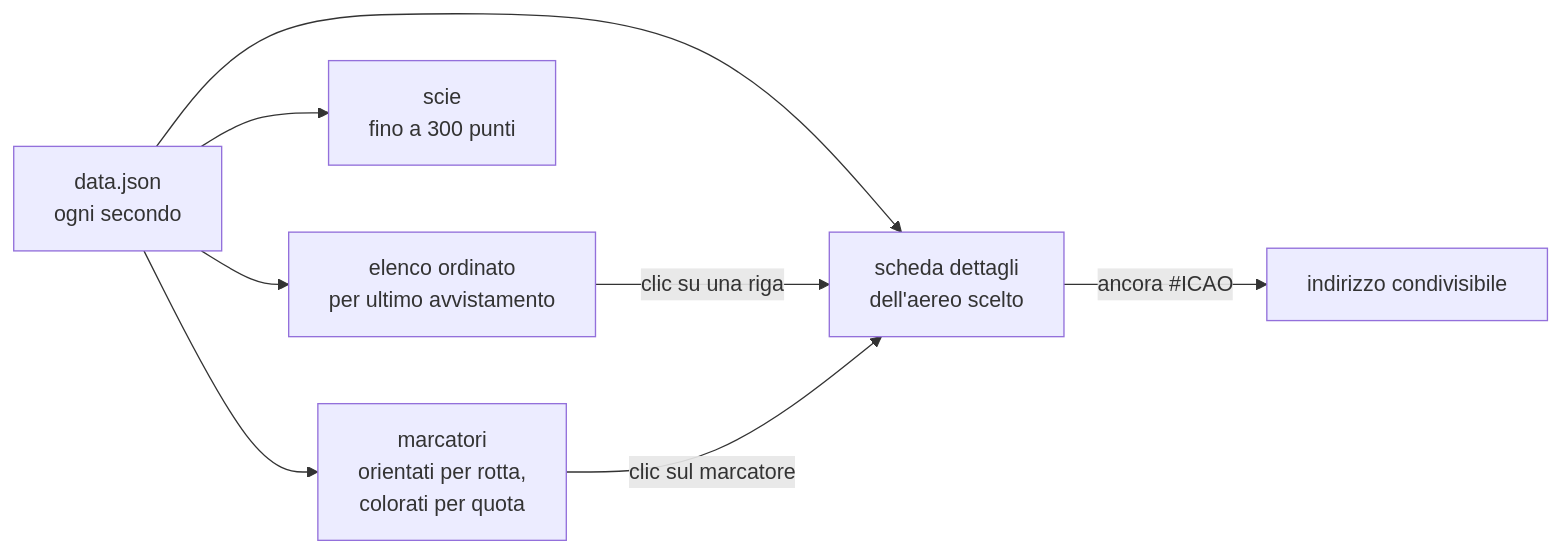
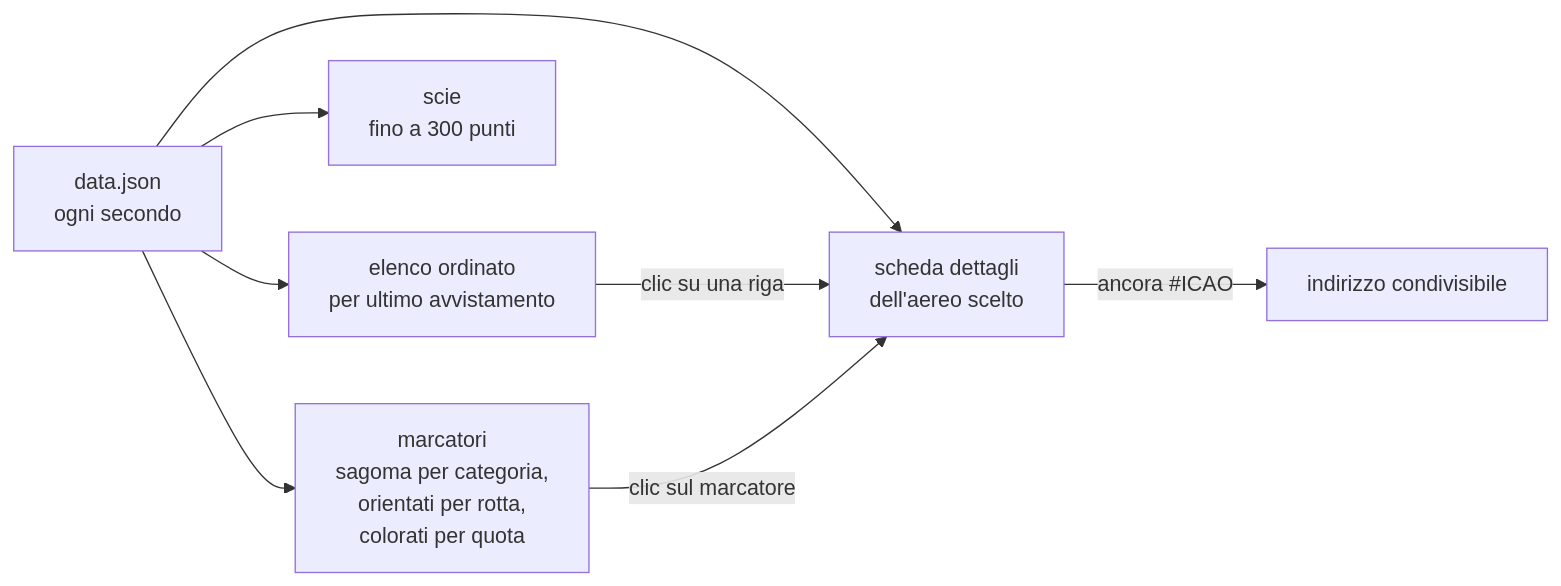
The fifth of 5 diagrams in ARCHITETTURA.md (quagliarellamichel/ADS-catcher), drawn with Mermaid before and after one commit. The commit also changed 4 other files, not shown here.

````diff
--- a/ARCHITETTURA.md
+++ b/ARCHITETTURA.md
@@ -146,10 +146,10 @@
 ```mermaid
 flowchart LR
-    A["data.json<br/>ogni secondo"] --> B["marcatori<br/>orientati per rotta,<br/>colorati per quota"]
+    A["data.json<br/>ogni secondo"] --> B["marcatori<br/>sagoma per categoria,<br/>orientati per rotta,<br/>colorati per quota"]
     A --> C["scie<br/>fino a 300 punti"]
     A --> D["elenco ordinato<br/>per ultimo avvistamento"]
     A --> E["scheda dettagli<br/>dell'aereo scelto"]
     D -->|clic su una riga| E
     B -->|clic sul marcatore| E
     E -->|"ancora #ICAO"| F["indirizzo condivisibile"]
 ```
````
